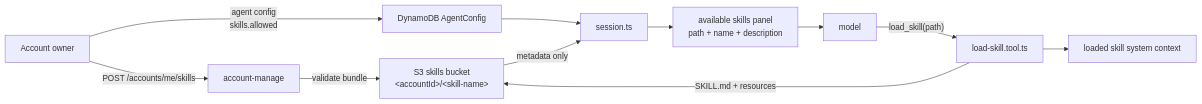
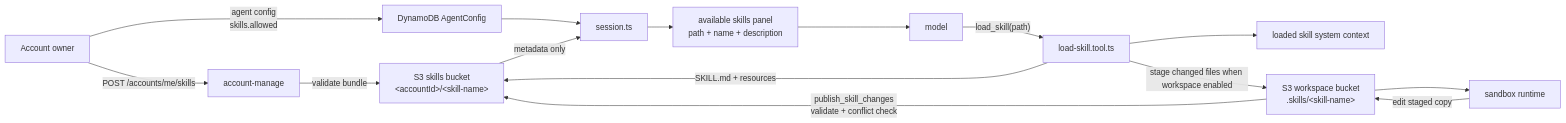
The diagram in docs/skills.md (beeblastco/broods), drawn with Mermaid before and after one commit. The commit also changed other lines of this file and 41 other files, not shown here.

First line of the commit message:
feat: stage skills into sandbox with publish-back, drop memory/tasks tools

````diff
--- a/docs/skills.md
+++ b/docs/skills.md
@@ -7,13 +7,17 @@
 ```mermaid
 flowchart LR
   Owner["Account owner"] -->|"POST /accounts/me/skills"| Manage["account-manage"]
   Manage -->|"validate bundle"| SkillStore["S3 skills bucket<br/>&lt;accountId&gt;/&lt;skill-name&gt;"]
   Owner -->|"agent config<br/>skills.allowed"| AgentConfig["DynamoDB AgentConfig"]
   AgentConfig --> Session["session.ts"]
   SkillStore -->|"metadata only"| Session
   Session --> Prompt["available skills panel<br/>path + name + description"]
   Prompt --> Model["model"]
   Model -->|"load_skill(path)"| Loader["load-skill.tool.ts"]
   Loader -->|"SKILL.md + resources"| SkillStore
   Loader --> Loaded["loaded skill system context"]
+  Loader -->|"stage changed files when workspace enabled"| Workspace["S3 workspace bucket<br/>.skills/&lt;skill-name&gt;"]
+  Workspace --> Sandbox["sandbox runtime"]
+  Sandbox -->|"edit staged copy"| Workspace
+  Workspace -->|"publish_skill_changes<br/>validate + conflict check"| SkillStore
 ```
````
